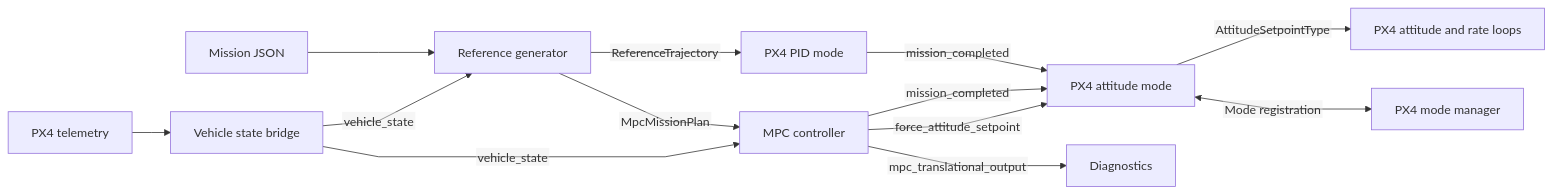
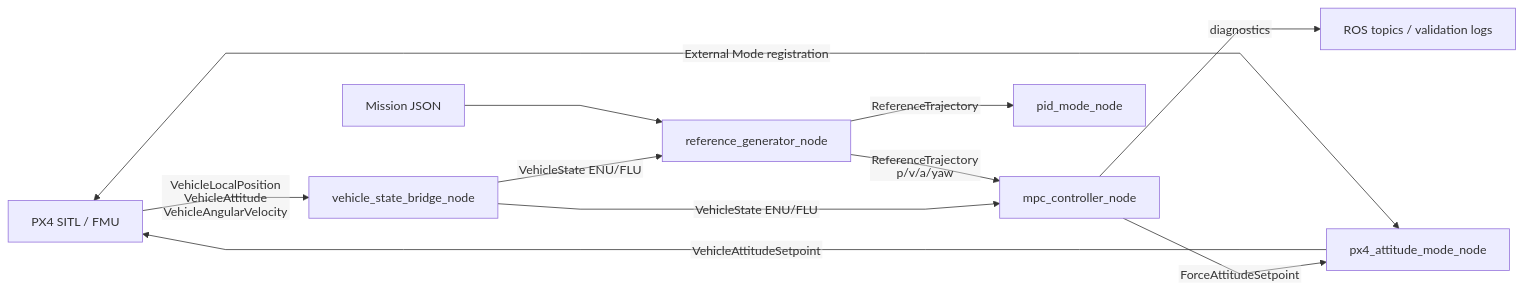
Before and after one commit to bluemoonfake/mpc_control: the first of 4 diagrams in README.md, drawn with Mermaid. The commit also changed other lines of this file and 81 other files, not shown here.

````diff
--- a/README.md
+++ b/README.md
@@ -15,16 +36,14 @@
 ```mermaid
 %%{init: {"flowchart": {"curve": "linear", "htmlLabels": false}}}%%
 flowchart LR
-    Telemetry["PX4 telemetry"] --> Bridge["Vehicle state bridge"]
-    Bridge -->|vehicle_state| MPC["MPC controller"]
-    Bridge -->|vehicle_state| Ref["Reference generator"]
+    PX4["PX4 SITL / FMU"] -->|VehicleLocalPosition\nVehicleAttitude\nVehicleAngularVelocity| Bridge["vehicle_state_bridge_node"]
+    Bridge -->|VehicleState ENU/FLU| Ref["reference_generator_node"]
+    Bridge -->|VehicleState ENU/FLU| MPC["mpc_controller_node"]
     Mission["Mission JSON"] --> Ref
-    Ref -->|MpcMissionPlan| MPC
-    Ref -->|ReferenceTrajectory| PID["PX4 PID mode"]
-    MPC -->|force_attitude_setpoint| Adapter["PX4 attitude mode"]
-    MPC -->|mpc_translational_output| Diagnostics["Diagnostics"]
-    MPC -->|mission_completed| Adapter
-    PID -->|mission_completed| Adapter
-    Adapter -->|AttitudeSetpointType| PX4["PX4 attitude and rate loops"]
-    Adapter <-->|Mode registration| Manager["PX4 mode manager"]
+    Ref -->|ReferenceTrajectory p/v/a/yaw| MPC
+    Ref -->|ReferenceTrajectory| PID["pid_mode_node"]
+    MPC -->|ForceAttitudeSetpoint| Mode["px4_attitude_mode_node"]
+    Mode -->|VehicleAttitudeSetpoint| PX4
+    MPC -->|diagnostics| Logs["ROS topics / validation logs"]
+    Mode <-->|External Mode registration| PX4
 ```
````
